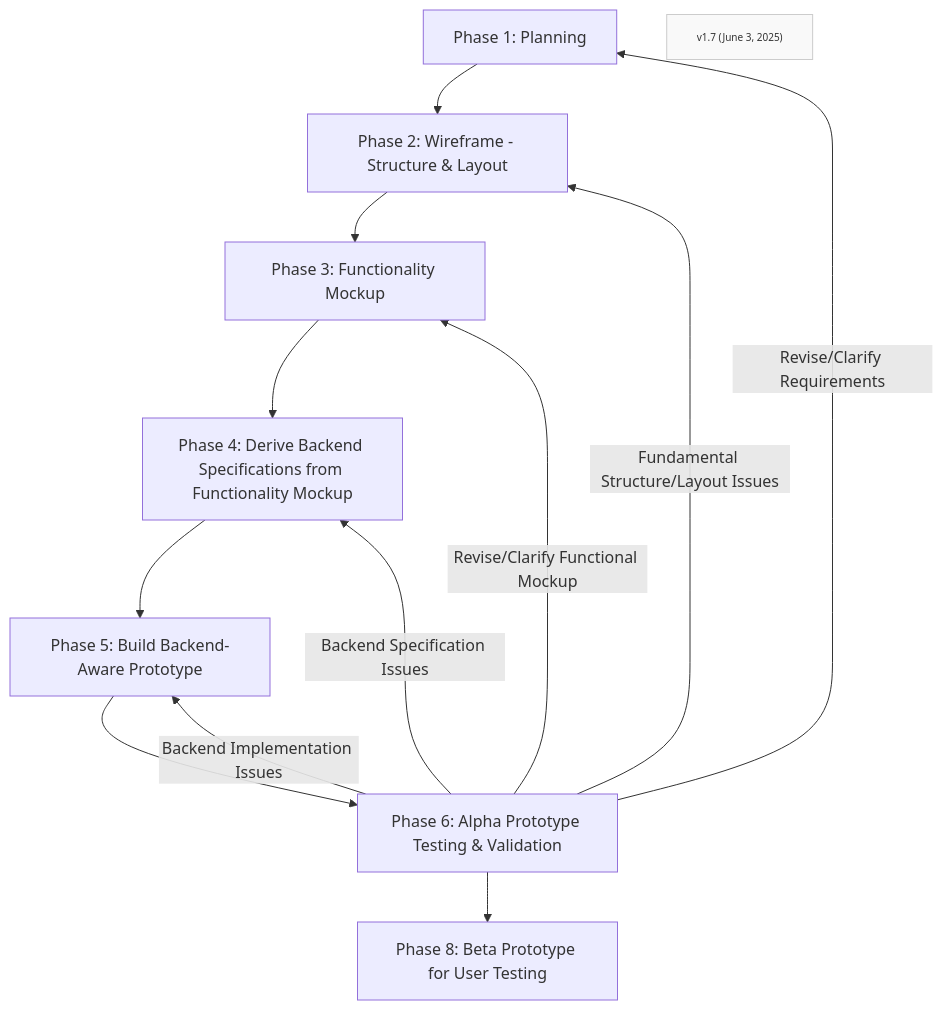
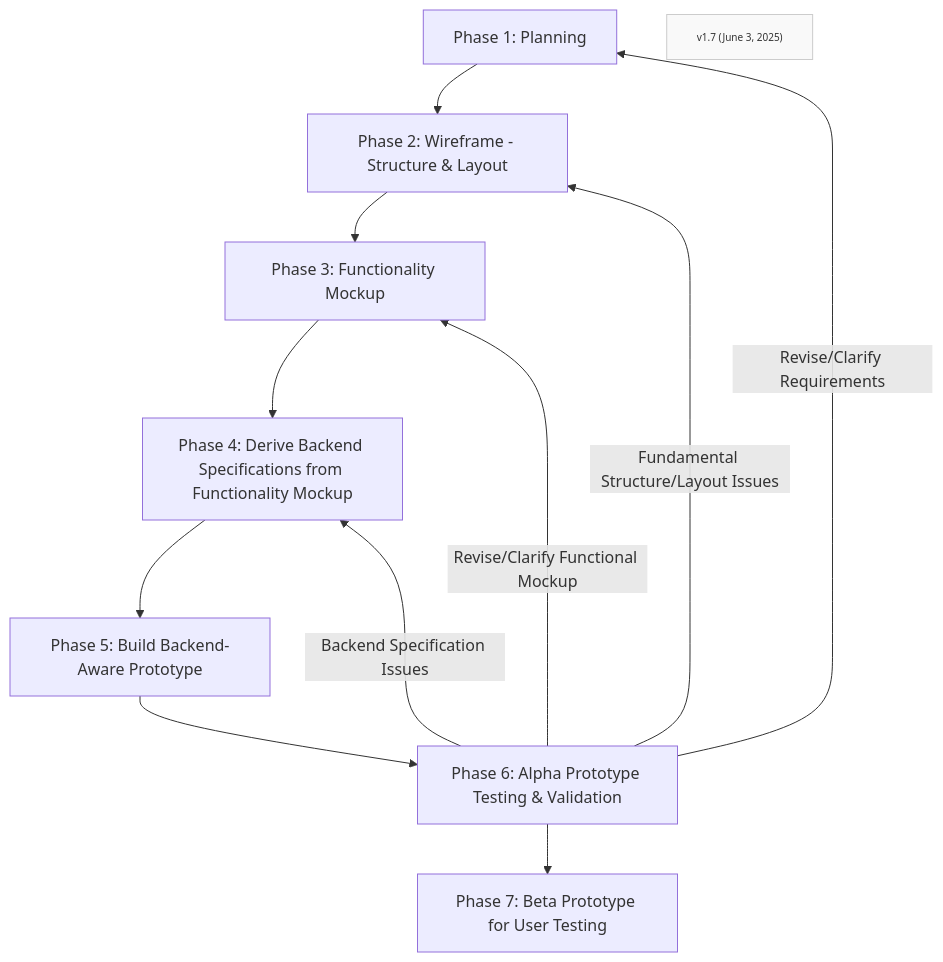
One commit to Mharbulous/Front-First-Method changed the diagram in Phases/FF-overview.md. Above: the diagram before and after it, drawn with Mermaid.

````diff
--- a/Phases/FF-overview.md
+++ b/Phases/FF-overview.md
@@ -1,21 +1,20 @@
 ```mermaid
 graph TD
     Phase1["Phase 1: Planning"] --> Phase2["Phase 2: Wireframe - Structure & Layout"]
     Phase2 --> Phase3["Phase 3: Functionality Mockup"]
     Phase3 --> Phase4["Phase 4: Derive Backend Specifications from Functionality Mockup"]
     Phase4 --> Phase5["Phase 5: Build Backend-Aware Prototype"]
     Phase5 --> Phase6["Phase 6: Alpha Prototype Testing & Validation"]
-    Phase6 --> Phase7["Phase 8: Beta Prototype for User Testing"]
+    Phase6 --> Phase7["Phase 7: Beta Prototype for User Testing"]
     
     Phase6 -->|Revise/Clarify Requirements| Phase1
     Phase6 -->|Fundamental Structure/Layout Issues| Phase2
     Phase6 -->|Revise/Clarify Functional Mockup| Phase3
-    Phase6 -->|Backend Specification Issues| Phase4
-    Phase6 -->|Backend Implementation Issues| Phase5            
+    Phase6 -->|Backend Specification Issues| Phase4    
     
     
 
     VersionInfo["v1.7 (June 3, 2025)"]
     classDef version fill:#f9f9f9,stroke:#ccc,font-size:10px;
     class VersionInfo version
 ```
````
